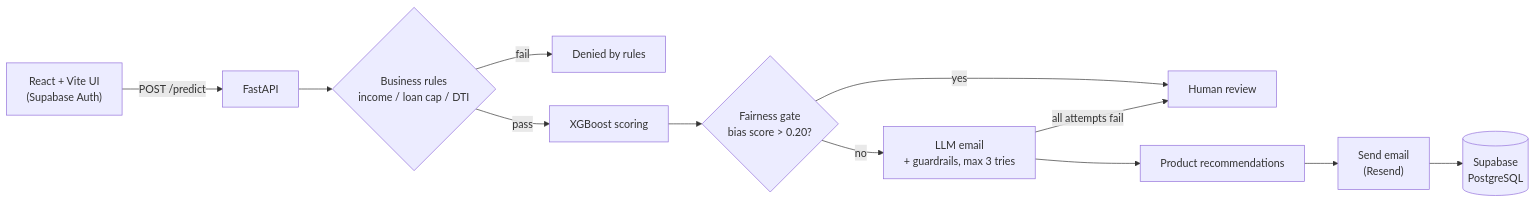
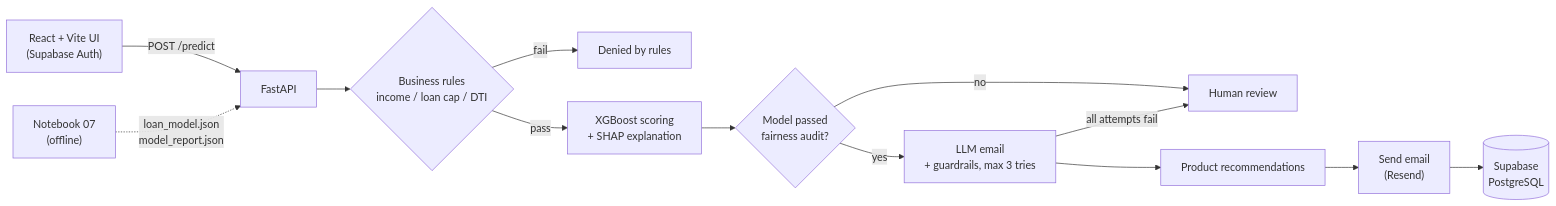
The diagram in README.md (SabeehAnsari/loanwise-ai), drawn with Mermaid before and after one commit. The commit also changed other lines of this file and 13 other files, not shown here.

````diff
--- a/README.md
+++ b/README.md
@@ -41,14 +44,15 @@
 ```mermaid
 flowchart LR
     UI["React + Vite UI<br/>(Supabase Auth)"] -->|POST /predict| API[FastAPI]
     API --> RULES{"Business rules<br/>income / loan cap / DTI"}
     RULES -->|fail| DENY["Denied by rules"]
-    RULES -->|pass| MODEL["XGBoost scoring"]
-    MODEL --> FAIR{"Fairness gate<br/>bias score > 0.20?"}
-    FAIR -->|yes| HR["Human review"]
-    FAIR -->|no| EMAIL["LLM email<br/>+ guardrails, max 3 tries"]
+    RULES -->|pass| MODEL["XGBoost scoring<br/>+ SHAP explanation"]
+    MODEL --> FAIR{"Model passed<br/>fairness audit?"}
+    FAIR -->|no| HR["Human review"]
+    FAIR -->|yes| EMAIL["LLM email<br/>+ guardrails, max 3 tries"]
     EMAIL -->|all attempts fail| HR
     EMAIL --> MKT["Product recommendations"]
     MKT --> SEND["Send email<br/>(Resend)"]
     SEND --> DB[("Supabase<br/>PostgreSQL")]
+    NB["Notebook 07<br/>(offline)"] -.->|loan_model.json<br/>model_report.json| API
 ```
````
